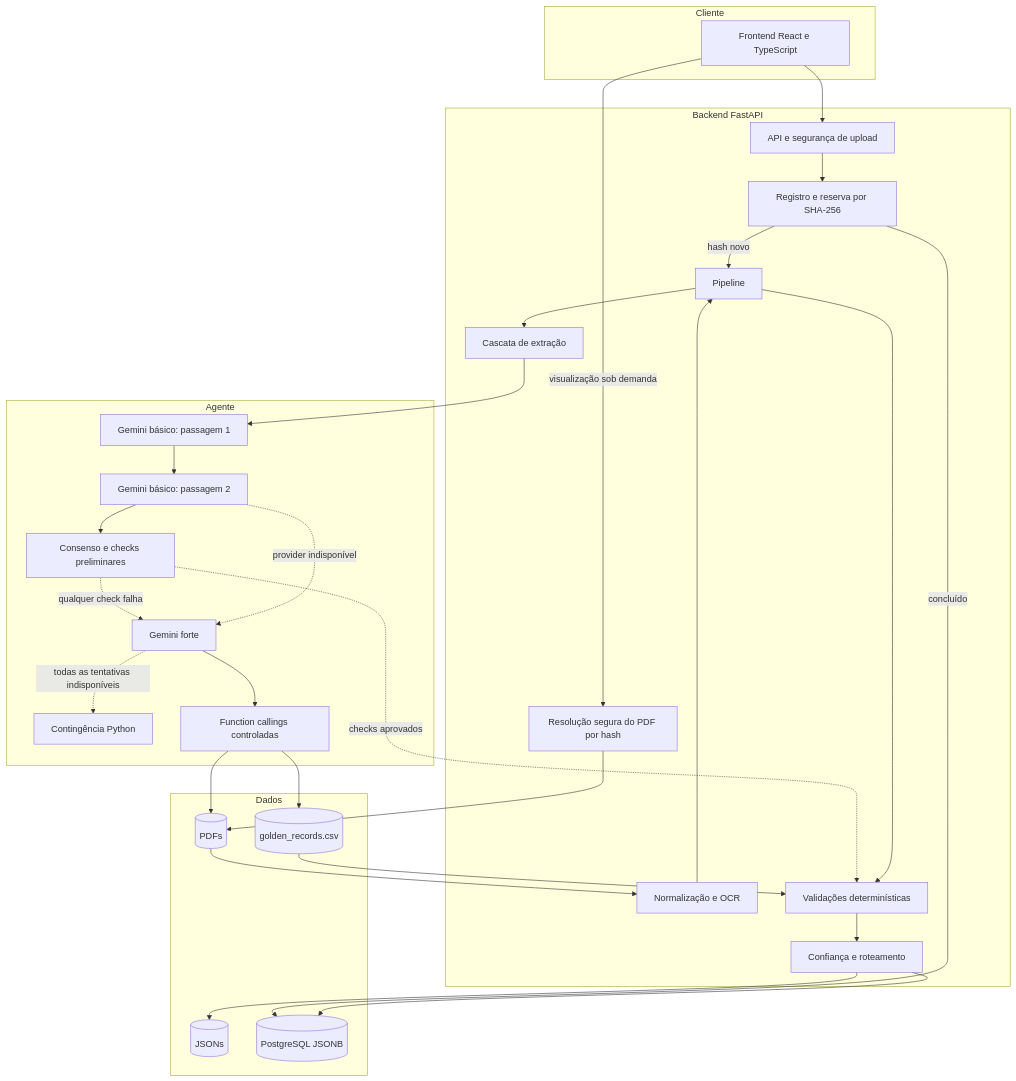
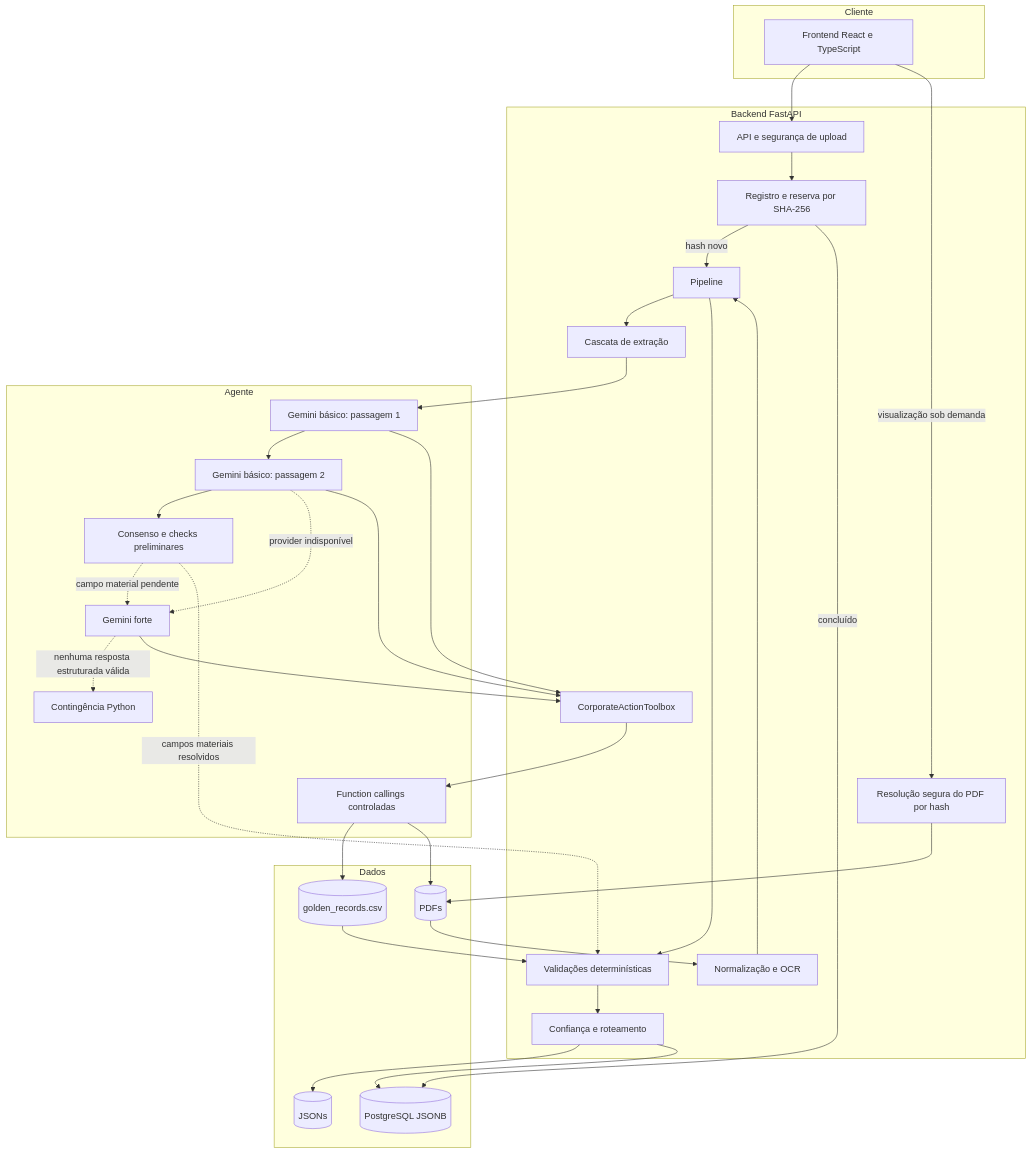
One commit to GMiraaa/fintrace changed the diagram in f_docs/b_architecture/architecture-decisions.md. Above: the diagram before and after it, drawn with Mermaid. The commit also changed other lines of this file and 32 other files, not shown here.

````diff
--- a/f_docs/b_architecture/architecture-decisions.md
+++ b/f_docs/b_architecture/architecture-decisions.md
@@ -8,49 +8,53 @@
 ```mermaid
 flowchart TB
     subgraph Cliente
         FE[Frontend React e TypeScript]
     end
     subgraph Backend FastAPI
         HTTP[API e segurança de upload]
         REG[Registro e reserva por SHA-256]
         VIEW[Resolução segura do PDF por hash]
         ORCH[Pipeline]
         PRE[Normalização e OCR]
         EXT[Cascata de extração]
+        TOOLBOX[CorporateActionToolbox]
         VAL[Validações determinísticas]
         CR[Confiança e roteamento]
     end
     subgraph Agente
         BASIC1[Gemini básico: passagem 1]
         BASIC2[Gemini básico: passagem 2]
         CHECKS[Consenso e checks preliminares]
         STRONG[Gemini forte]
         PY[Contingência Python]
         FC[Function callings controladas]
     end
     subgraph Dados
         INPUT[(PDFs)]
         GOLDEN[(golden_records.csv)]
         OUTPUT[(JSONs)]
         PG[(PostgreSQL JSONB)]
     end
 
     FE --> HTTP --> REG
     REG -->|hash novo| ORCH
     REG -->|concluído| PG
     FE -->|visualização sob demanda| VIEW
     VIEW --> INPUT
     INPUT --> PRE --> ORCH
     ORCH --> EXT
     EXT --> BASIC1 --> BASIC2 --> CHECKS
-    CHECKS -. qualquer check falha .-> STRONG
-    CHECKS -. checks aprovados .-> VAL
+    CHECKS -. campo material pendente .-> STRONG
+    CHECKS -. campos materiais resolvidos .-> VAL
     BASIC2 -. provider indisponível .-> STRONG
-    STRONG -. todas as tentativas indisponíveis .-> PY
-    STRONG --> FC
+    STRONG -. nenhuma resposta estruturada válida .-> PY
+    BASIC1 --> TOOLBOX
+    BASIC2 --> TOOLBOX
+    STRONG --> TOOLBOX
+    TOOLBOX --> FC
     FC --> GOLDEN
     FC --> INPUT
     ORCH --> VAL --> CR --> OUTPUT
     CR --> PG
     GOLDEN --> VAL
 ```
````
